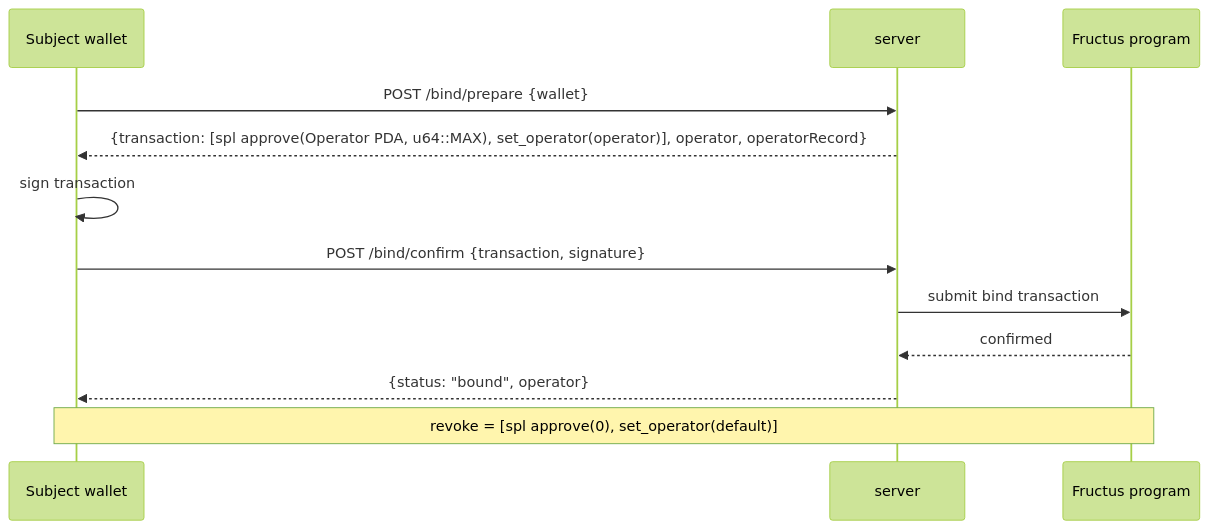
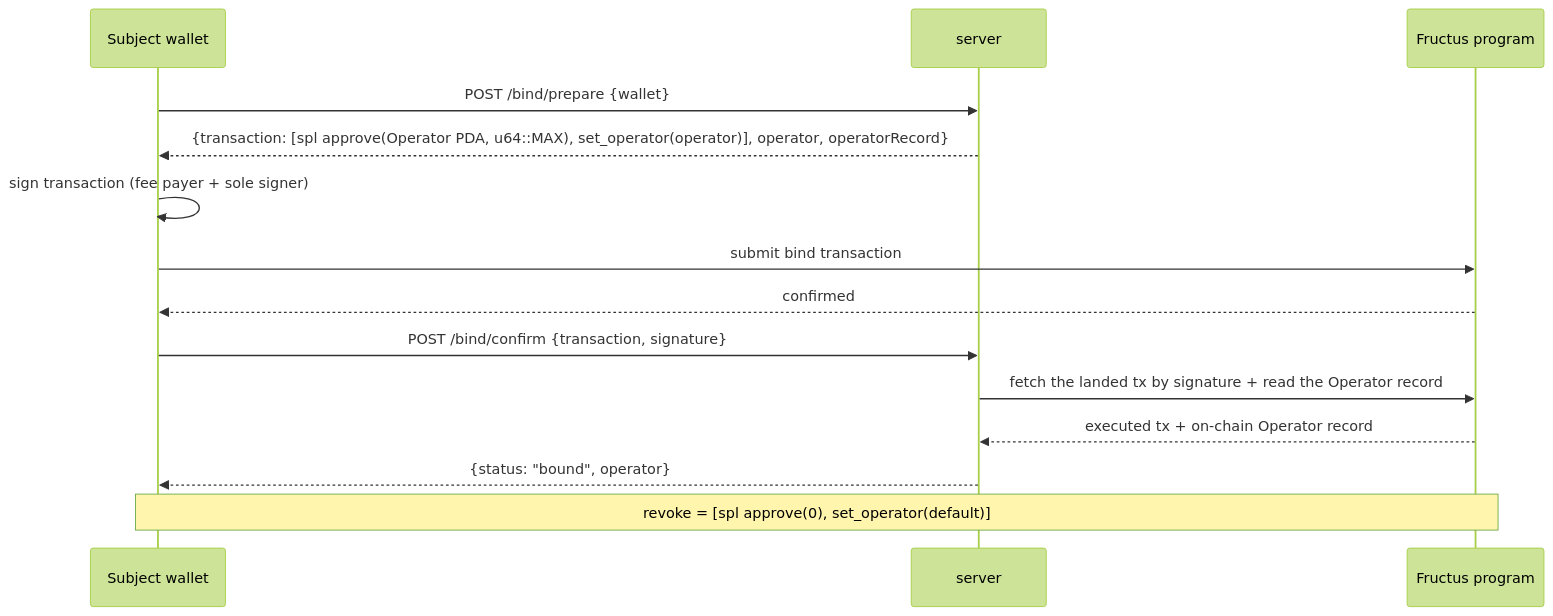
Before and after one commit to Uniterra-Solutions/fructus: the second of 2 diagrams in docs/api.md, drawn with Mermaid (forest theme). The commit also changed other lines of this file and 5 other files, not shown here.

````diff
--- a/docs/api.md
+++ b/docs/api.md
@@ -69,14 +73,16 @@
 ```mermaid
 sequenceDiagram
     participant W as Subject wallet
     participant S as server
     participant P as Fructus program
     W->>S: POST /bind/prepare {wallet}
     S-->>W: {transaction: [spl approve(Operator PDA, u64::MAX), set_operator(operator)], operator, operatorRecord}
-    W->>W: sign transaction
+    W->>W: sign transaction (fee payer + sole signer)
+    W->>P: submit bind transaction
+    P-->>W: confirmed
     W->>S: POST /bind/confirm {transaction, signature}
-    S->>P: submit bind transaction
-    P-->>S: confirmed
+    S->>P: fetch the landed tx by signature + read the Operator record
+    P-->>S: executed tx + on-chain Operator record
     S-->>W: {status: "bound", operator}
     Note over W,P: revoke = [spl approve(0), set_operator(default)]
 ```
````
